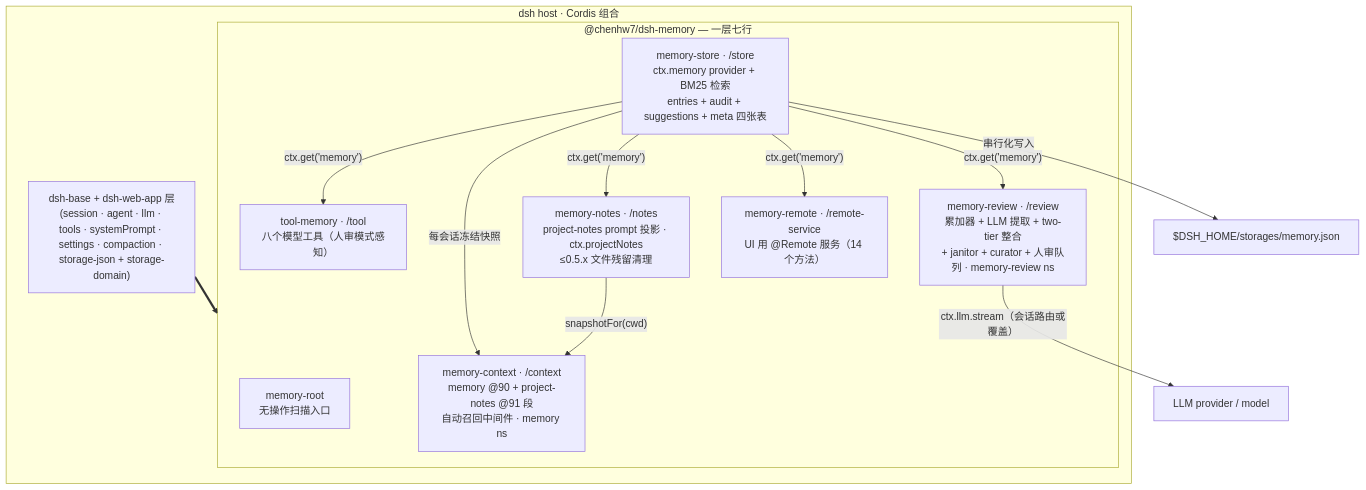
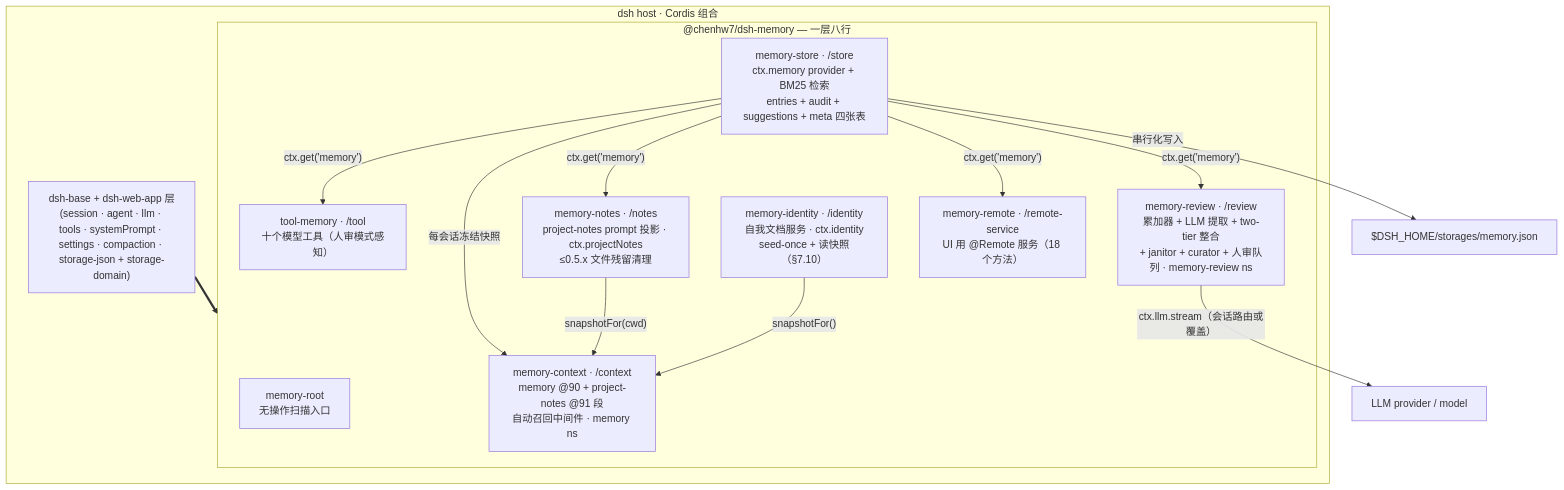
Before and after one commit to chenhw7/dsh-memory: the first of 3 diagrams in docs/TECH_DESIGN.zh.md, drawn with Mermaid. The commit also changed other lines of this file and 12 other files, not shown here.

````diff
--- a/docs/TECH_DESIGN.zh.md
+++ b/docs/TECH_DESIGN.zh.md
@@ -102,24 +103,26 @@
 ```mermaid
 flowchart TB
   subgraph host["dsh host · Cordis 组合"]
     base["dsh-base + dsh-web-app 层<br/>(session · agent · llm · tools · systemPrompt · settings · compaction · storage-json + storage-domain)"]
-    subgraph bundle["@chenhw7/dsh-memory — 一层七行"]
+    subgraph bundle["@chenhw7/dsh-memory — 一层八行"]
       root["memory-root<br/>无操作扫描入口"]
       store["memory-store · /store<br/>ctx.memory provider + BM25 检索<br/>entries + audit + suggestions + meta 四张表"]
-      tool["tool-memory · /tool<br/>八个模型工具（人审模式感知）"]
+      tool["tool-memory · /tool<br/>十个模型工具（人审模式感知）"]
       review["memory-review · /review<br/>累加器 + LLM 提取 + two-tier 整合<br/>+ janitor + curator + 人审队列 · memory-review ns"]
       notes["memory-notes · /notes<br/>project-notes prompt 投影 · ctx.projectNotes<br/>≤0.5.x 文件残留清理"]
+      identity["memory-identity · /identity<br/>自我文档服务 · ctx.identity<br/>seed-once + 读快照（§7.10）"]
       context["memory-context · /context<br/>memory @90 + project-notes @91 段<br/>自动召回中间件 · memory ns"]
-      remote["memory-remote · /remote-service<br/>UI 用 @Remote 服务（14 个方法）"]
+      remote["memory-remote · /remote-service<br/>UI 用 @Remote 服务（18 个方法）"]
     end
   end
   base ==> bundle
   store -- "ctx.get('memory')" --> tool
   store -- "ctx.get('memory')" --> review
   store -- "每会话冻结快照" --> context
   store -- "ctx.get('memory')" --> notes
   store -- "ctx.get('memory')" --> remote
   review -- "ctx.llm.stream（会话路由或覆盖）" --> llm["LLM provider / model"]
   notes -- "snapshotFor(cwd)" --> context
+  identity -- "snapshotFor()" --> context
   store -- "串行化写入" --> json["$DSH_HOME/storages/memory.json"]
 ```
````
